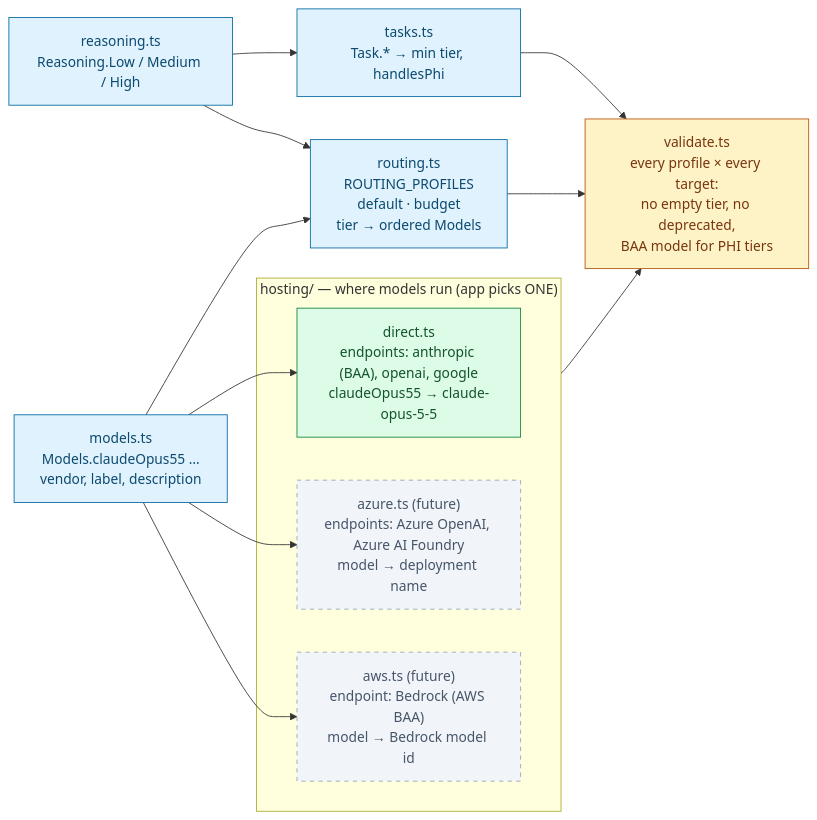
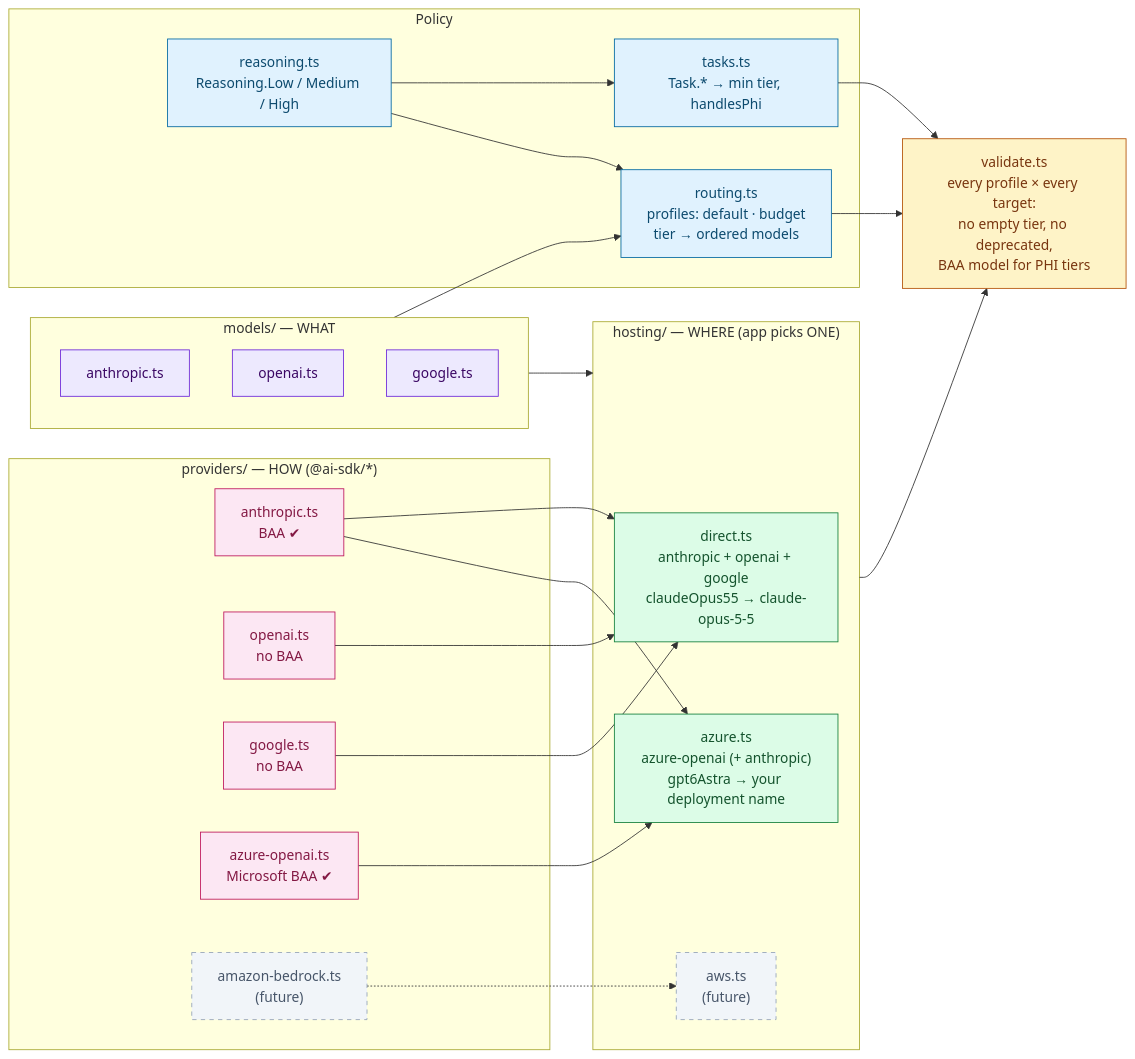
Before and after one commit to imRahul05/ASC-EHR: the first of 3 diagrams in packages/agents/README.md, drawn with Mermaid. The commit also changed other lines of this file and 24 other files, not shown here.

First line of the commit message:
refactor(agents): folder per concern (models/providers/hosting), add Azure OpenAI via @ai-sdk/azure

````diff
--- a/packages/agents/README.md
+++ b/packages/agents/README.md
@@ -22,28 +43,46 @@
 ```mermaid
 flowchart LR
-    classDef cfg fill:#e0f2fe,stroke:#0369a1,color:#0c4a6e
-    classDef host fill:#dcfce7,stroke:#15803d,color:#14532d
+    classDef policy fill:#e0f2fe,stroke:#0369a1,color:#0c4a6e
+    classDef what fill:#ede9fe,stroke:#6d28d9,color:#3b0764
+    classDef how fill:#fce7f3,stroke:#be185d,color:#831843
+    classDef where fill:#dcfce7,stroke:#15803d,color:#14532d
     classDef future fill:#f1f5f9,stroke:#94a3b8,color:#475569,stroke-dasharray: 5 5
     classDef check fill:#fef3c7,stroke:#b45309,color:#78350f
 
-    R["reasoning.ts<br/>Reasoning.Low / Medium / High"]:::cfg
-    T["tasks.ts<br/>Task.* → min tier, handlesPhi"]:::cfg
-    M["models.ts<br/>Models.claudeOpus55 …<br/>vendor, label, description"]:::cfg
-    RT["routing.ts<br/>ROUTING_PROFILES<br/>default · budget<br/>tier → ordered Models"]:::cfg
+    subgraph POLICY ["Policy"]
+        R["reasoning.ts<br/>Reasoning.Low / Medium / High"]:::policy
+        T["tasks.ts<br/>Task.* → min tier, handlesPhi"]:::policy
+        RT["routing.ts<br/>profiles: default · budget<br/>tier → ordered models"]:::policy
+    end
 
-    subgraph H ["hosting/ — where models run (app picks ONE)"]
-        D["direct.ts<br/>endpoints: anthropic (BAA), openai, google<br/>claudeOpus55 → claude-opus-5-5"]:::host
-        AZ["azure.ts (future)<br/>endpoints: Azure OpenAI, Azure AI Foundry<br/>model → deployment name"]:::future
-        AW["aws.ts (future)<br/>endpoint: Bedrock (AWS BAA)<br/>model → Bedrock model id"]:::future
+    subgraph WHAT ["models/ — WHAT"]
+        MA["anthropic.ts"]:::what
+        MO["openai.ts"]:::what
+        MG["google.ts"]:::what
+    end
+
+    subgraph HOW ["providers/ — HOW (@ai-sdk/*)"]
+        PA["anthropic.ts<br/>BAA ✔"]:::how
+        PO["openai.ts<br/>no BAA"]:::how
+        PG["google.ts<br/>no BAA"]:::how
+        PZ["azure-openai.ts<br/>Microsoft BAA ✔"]:::how
+        PB["amazon-bedrock.ts<br/>(future)"]:::future
+    end
+
+    subgraph WHERE ["hosting/ — WHERE (app picks ONE)"]
+        HD["direct.ts<br/>anthropic + openai + google<br/>claudeOpus55 → claude-opus-5-5"]:::where
+        HZ["azure.ts<br/>azure-openai (+ anthropic)<br/>gpt6Astra → your deployment name"]:::where
+        HW["aws.ts<br/>(future)"]:::future
     end
 
     V["validate.ts<br/>every profile × every target:<br/>no empty tier, no deprecated,<br/>BAA model for PHI tiers"]:::check
 
     R --> T
     R --> RT
-    M --> RT
-    M --> D & AZ & AW
-    T --> V
-    RT --> V
-    H --> V
+    WHAT --> RT
+    WHAT --> WHERE
+    PA & PO & PG --> HD
+    PZ & PA --> HZ
+    PB -.-> HW
+    T & RT & WHERE --> V
 ```
````
